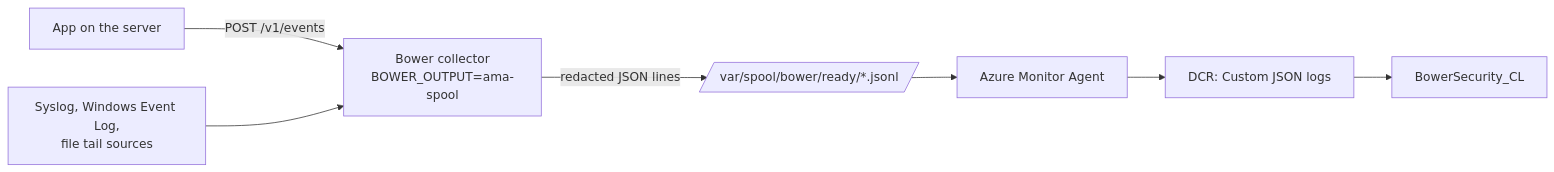
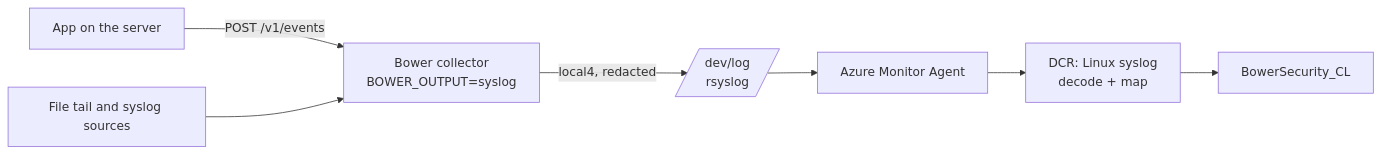
Before and after one commit to jusso-dev/Bower: the diagram in docs/getting-started/azure-monitor-agent.md, drawn with Mermaid. The commit also changed other lines of this file and 27 other files, not shown here.

````diff
--- a/docs/getting-started/azure-monitor-agent.md
+++ b/docs/getting-started/azure-monitor-agent.md
@@ -9,7 +9,7 @@
 ```mermaid
 flowchart LR
-    APP[App on the server] -->|POST /v1/events| B[Bower collector<br/>BOWER_OUTPUT=ama-spool]
-    SRC[Syslog, Windows Event Log,<br/>file tail sources] --> B
-    B -->|redacted JSON lines| SP[/var/spool/bower/ready/*.jsonl/]
-    SP --> AMA[Azure Monitor Agent] --> DCR[DCR: Custom JSON logs] --> S[BowerSecurity_CL]
+    APP[App on the server] -->|POST /v1/events| B[Bower collector<br/>BOWER_OUTPUT=syslog]
+    SRC[File tail and syslog sources] --> B
+    B -->|local4, redacted| L[/dev/log<br/>rsyslog/]
+    L --> AMA[Azure Monitor Agent] --> DCR[DCR: Linux syslog<br/>decode + map] --> S[BowerSecurity_CL]
 ```
````
